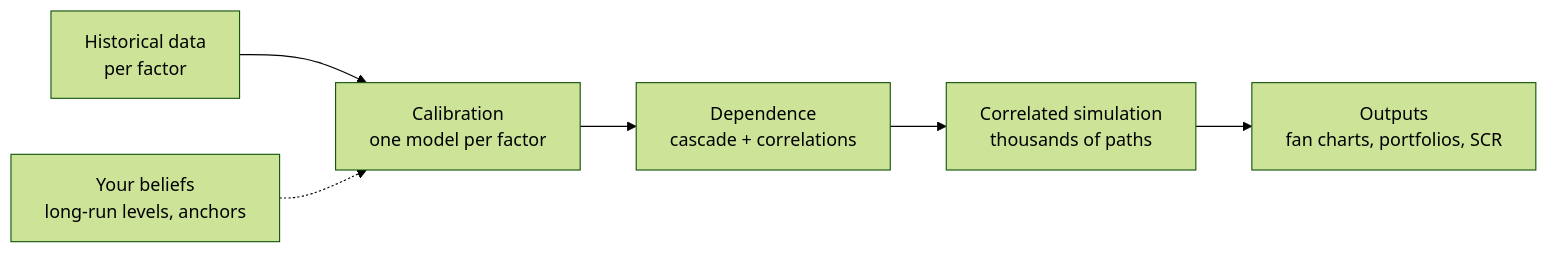
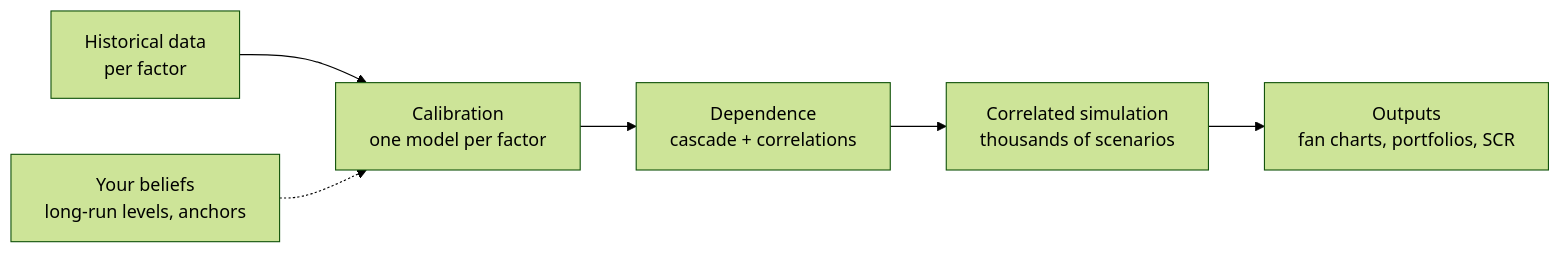
Before and after one commit to JerBouma/jerbouma.github.io: the diagram in _pages/financescenarios/documentation/architecture.md, drawn with Mermaid (forest theme). The commit also changed other lines of this file and 14 other files, not shown here.

```diff
--- a/_pages/financescenarios/documentation/architecture.md
+++ b/_pages/financescenarios/documentation/architecture.md
@@ -22,8 +22,8 @@
 <div class="mermaid">
 flowchart LR
     data["Historical data<br/>per factor"] --> calibration["Calibration<br/>one model per factor"]
     beliefs["Your beliefs<br/>long-run levels, anchors"] -.-> calibration
     calibration --> dependence["Dependence<br/>cascade + correlations"]
-    dependence --> simulation["Correlated simulation<br/>thousands of paths"]
+    dependence --> simulation["Correlated simulation<br/>thousands of scenarios"]
     simulation --> outputs["Outputs<br/>fan charts, portfolios, SCR"]
 </div>
```
